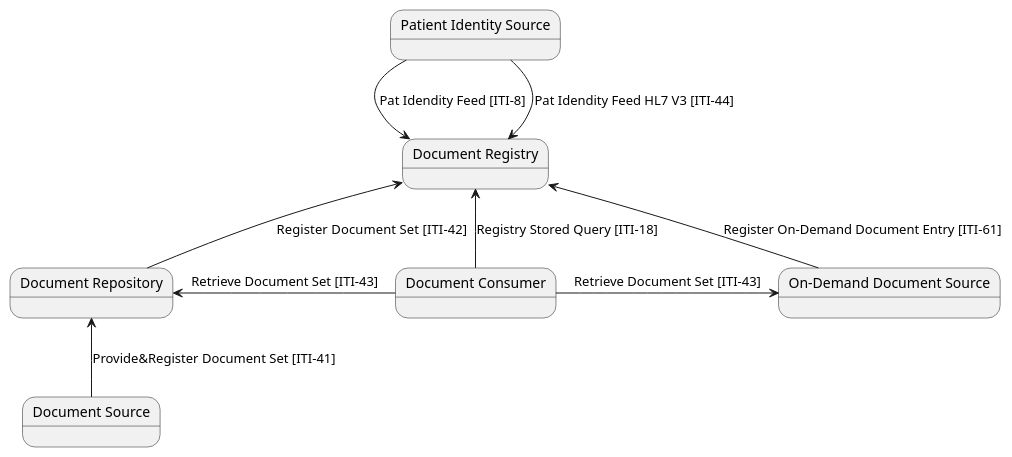
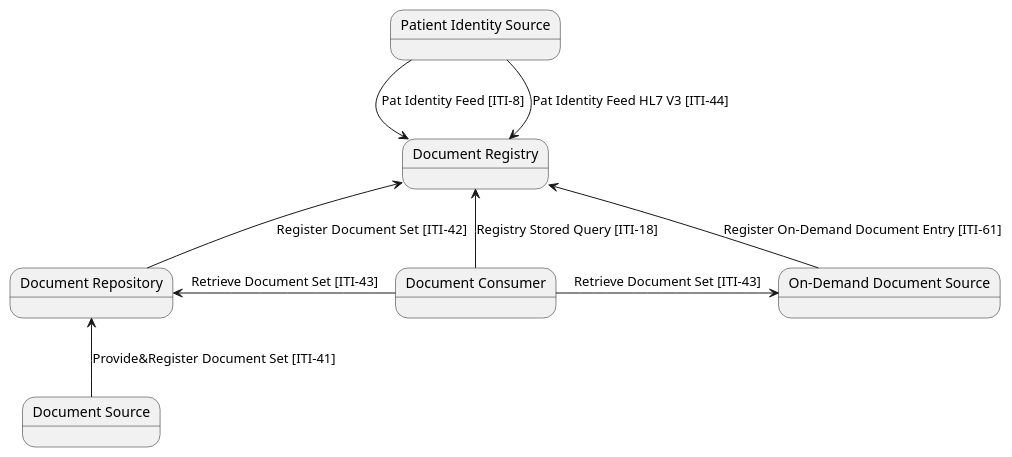
One commit to IHE-Germany/ITI.XDS.VS changed the diagram in input/images-source/workflow.plantuml. Above: the diagram before and after it, drawn with PlantUML. The commit also changed 13 other files, not shown here.

```diff
--- a/input/images-source/workflow.plantuml
+++ b/input/images-source/workflow.plantuml
@@ -1,23 +1,23 @@
 @startuml
 
 state "On-Demand Document Source" as oddocsrc
 state "Patient Identity Source" as patsrc
 state "Document Registry" as reg
 state "Document Repository" as rep
 state "Document Source" as docsrc
 state "Document Consumer" as cons
 
-patsrc -down-> reg: Pat Idendity Feed [ITI-8] 
-patsrc -down-> reg: Pat Idendity Feed HL7 V3 [ITI-44]
+patsrc -down-> reg: Pat Identity Feed [ITI-8] 
+patsrc -down-> reg: Pat Identity Feed HL7 V3 [ITI-44]
 
 cons -left-> reg : Registry Stored Query [ITI-18]
 cons -left-> rep : Retrieve Document Set [ITI-43]
 
 oddocsrc -left-> reg : Register On-Demand Document Entry [ITI-61]
 
 cons -right-> oddocsrc : Retrieve Document Set [ITI-43]
 
 rep -up-> reg : Register Document  Set [ITI-42]
 docsrc -up-> rep : Provide&Register Document Set [ITI-41]
 
 @enduml
```
